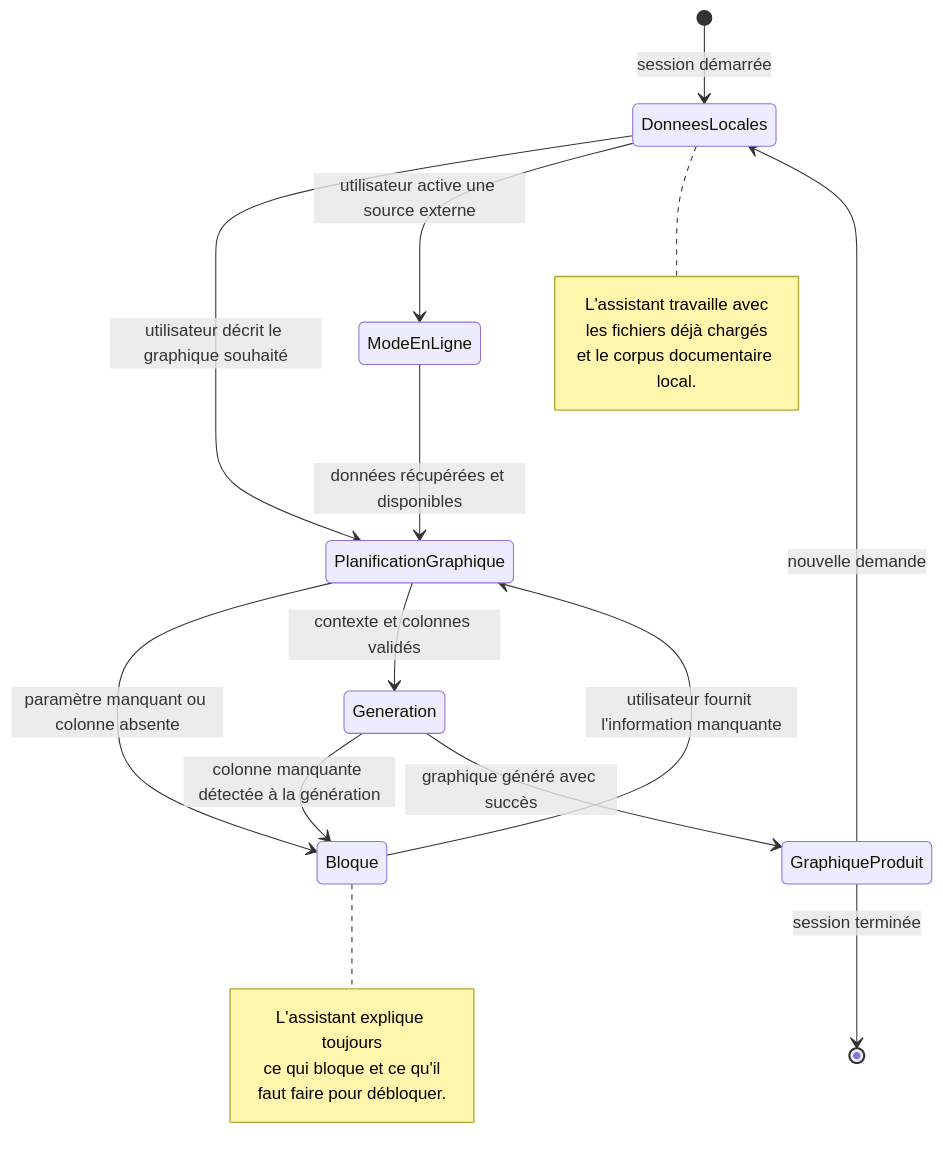
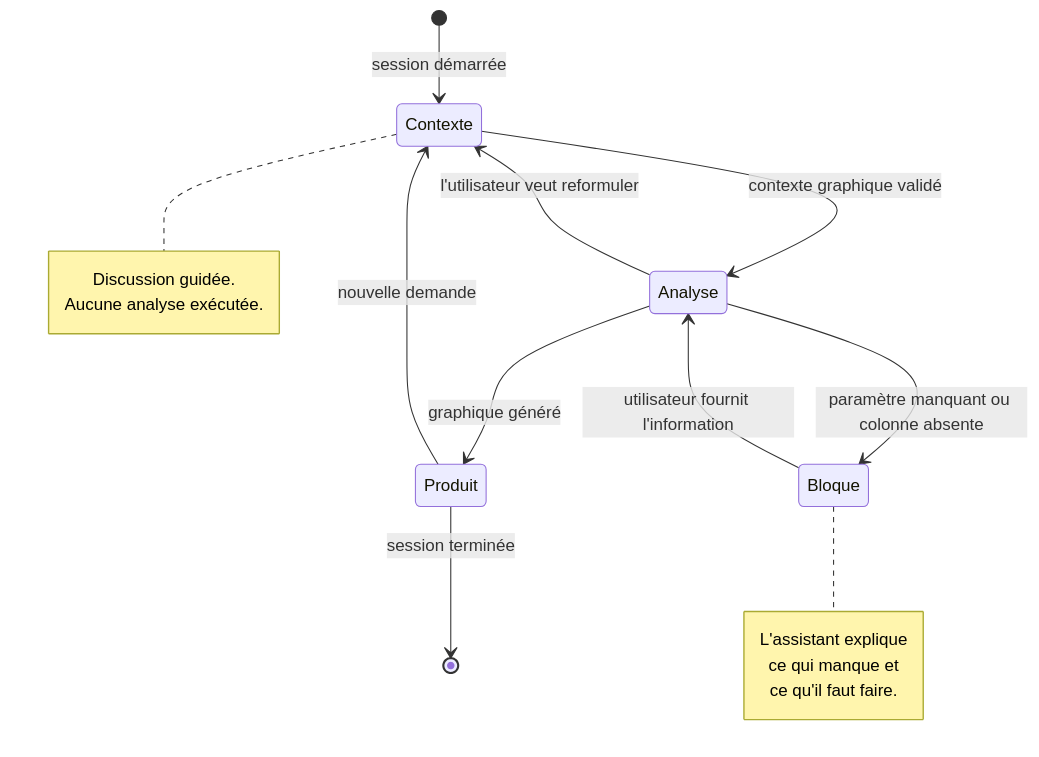
The first of 3 diagrams in docs/PRD_IDEA_copepod.md (TidianeCisse777/assistant-copepodes-specs), drawn with Mermaid before and after one commit. The commit also changed other lines of this file and 2 other files, not shown here.

````diff
--- a/docs/PRD_IDEA_copepod.md
+++ b/docs/PRD_IDEA_copepod.md
@@ -135,31 +58,25 @@
 ```mermaid
 stateDiagram-v2
-    [*] --> DonneesLocales : session démarrée
+    [*] --> Contexte : session démarrée
 
-    DonneesLocales --> PlanificationGraphique : utilisateur décrit le graphique souhaité
-    DonneesLocales --> ModeEnLigne : utilisateur active une source externe
+    Contexte --> Analyse : contexte graphique validé
+    Analyse --> Contexte : l'utilisateur veut reformuler
 
-    ModeEnLigne --> PlanificationGraphique : données récupérées et disponibles
+    Analyse --> Bloque : paramètre manquant ou colonne absente
+    Bloque --> Analyse : utilisateur fournit l'information
 
-    PlanificationGraphique --> Bloque : paramètre manquant ou colonne absente
-    Bloque --> PlanificationGraphique : utilisateur fournit l'information manquante
+    Analyse --> Produit : graphique généré
+    Produit --> Contexte : nouvelle demande
+    Produit --> [*] : session terminée
 
-    PlanificationGraphique --> Generation : contexte et colonnes validés
-    Generation --> Bloque : colonne manquante détectée à la génération
-
-    Generation --> GraphiqueProduit : graphique généré avec succès
-    GraphiqueProduit --> DonneesLocales : nouvelle demande
-    GraphiqueProduit --> [*] : session terminée
-
-    note right of DonneesLocales
-        L'assistant travaille avec
-        les fichiers déjà chargés
-        et le corpus documentaire local.
+    note right of Contexte
+        Discussion guidée.
+        Aucune analyse exécutée.
     end note
 
     note right of Bloque
-        L'assistant explique toujours
-        ce qui bloque et ce qu'il
-        faut faire pour débloquer.
+        L'assistant explique
+        ce qui manque et
+        ce qu'il faut faire.
     end note
 ```
````
